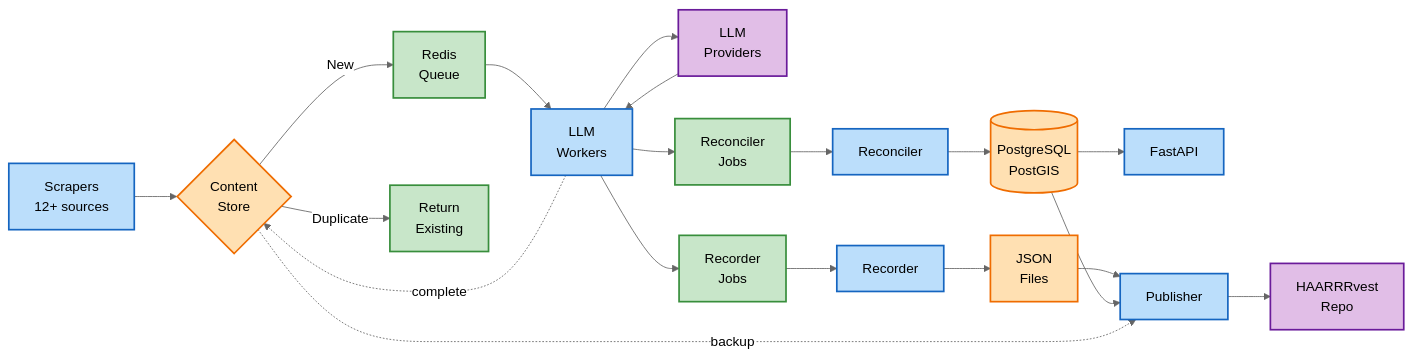
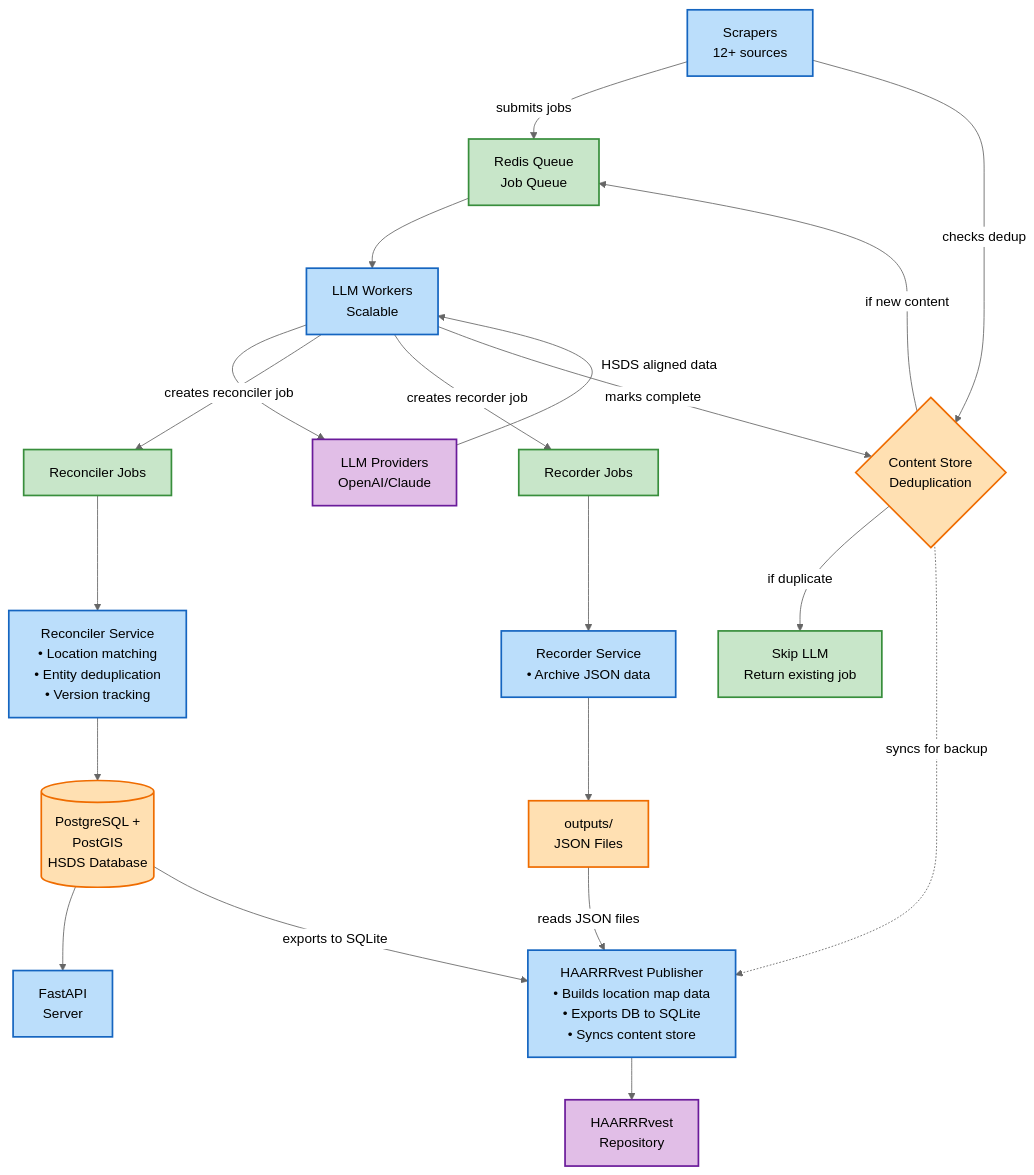
The diagram in README.md (For-The-Greater-Good/pantry-pirate-radio), drawn with Mermaid (neutral theme) before and after one commit.

Commit message:
update readme diagram

````diff
--- a/README.md
+++ b/README.md
@@ -118,47 +118,53 @@
 ```mermaid
-flowchart LR
-    %% Input
-    A[" Scrapers  <br/> 12+ sources "] --> B{" Content  <br/> Store "}
+flowchart TB
+    %% Data Collection Layer
+    Scrapers[Scrapers<br/>12+ sources] --> |submits jobs| RedisQueue[Redis Queue<br/>Job Queue]
     
-    %% Deduplication
-    B -->|New| C[" Redis  <br/> Queue "]
-    B -->|Duplicate| D[" Return  <br/> Existing "]
+    %% Content Store checks happen during job submission
+    Scrapers --> |checks dedup| ContentStore{Content Store<br/>Deduplication}
+    ContentStore --> |if new content| RedisQueue
+    ContentStore --> |if duplicate| SkipLLM[Skip LLM<br/>Return existing job]
     
-    %% Processing
-    C --> E[" LLM  <br/> Workers "]
-    E --> F[" LLM  <br/> Providers "]
-    F --> E
+    %% LLM Processing Layer
+    RedisQueue --> LLMWorkers[LLM Workers<br/>Scalable]
+    LLMWorkers --> LLM[LLM Providers<br/>OpenAI/Claude]
+    LLM --> |HSDS aligned data| LLMWorkers
     
-    %% Job Creation
-    E --> G[" Reconciler  <br/> Jobs "]
-    E --> H[" Recorder  <br/> Jobs "]
+    %% LLM Workers create new jobs
+    LLMWorkers --> |creates reconciler job| ReconcilerQueue[Reconciler Jobs]
+    LLMWorkers --> |creates recorder job| RecorderQueue[Recorder Jobs]
     
-    %% Services
-    G --> I[" Reconciler "]
-    H --> J[" Recorder "]
+    %% Update Content Store after processing
+    LLMWorkers --> |marks complete| ContentStore
     
-    %% Storage
-    I --> K[(" PostgreSQL  <br/> PostGIS ")]
-    J --> L[" JSON  <br/> Files "]
+    %% Reconciler Processing
+    ReconcilerQueue --> Reconciler[Reconciler Service<br/>• Location matching<br/>• Entity deduplication<br/>• Version tracking]
     
-    %% Output
-    K --> M[" FastAPI "]
-    L --> N[" Publisher "]
-    K --> N
-    N --> O[" HAARRRvest  <br/> Repo "]
+    %% Recorder Processing
+    RecorderQueue --> Recorder[Recorder Service<br/>• Archive JSON data]
     
-    %% Update tracking
-    E -.-> |complete| B
-    B -.-> |backup| N
+    %% Storage Layer
+    Reconciler --> PostgreSQL[(PostgreSQL +<br/>PostGIS<br/>HSDS Database)]
+    Recorder --> OutputsFolder[outputs/<br/>JSON Files]
     
-    %% Styling
+    %% API Layer
+    PostgreSQL --> FastAPI[FastAPI<br/>Server]
+    
+    %% Publishing Layer
+    OutputsFolder --> |reads JSON files| Publisher[HAARRRvest Publisher<br/>• Builds location map data<br/>• Exports DB to SQLite<br/>• Syncs content store]
+    PostgreSQL --> |exports to SQLite| Publisher
+    ContentStore -.-> |syncs for backup| Publisher
+    
+    Publisher --> HAARRRvest[HAARRRvest<br/>Repository]
+    
+    %% Style
     classDef service fill:#bbdefb,stroke:#1565c0,stroke-width:2px,color:#000
     classDef storage fill:#ffe0b2,stroke:#ef6c00,stroke-width:2px,color:#000
     classDef external fill:#e1bee7,stroke:#6a1b9a,stroke-width:2px,color:#000
     classDef queue fill:#c8e6c9,stroke:#388e3c,stroke-width:2px,color:#000
     
-    class A,E,I,J,M,N service
-    class B,K,L storage
-    class F,O external
-    class C,G,H,D queue
+    class Scrapers,LLMWorkers,Reconciler,Recorder,FastAPI,Publisher service
+    class ContentStore,PostgreSQL,OutputsFolder storage
+    class LLM,HAARRRvest external
+    class RedisQueue,ReconcilerQueue,RecorderQueue,SkipLLM queue
 ```
````
